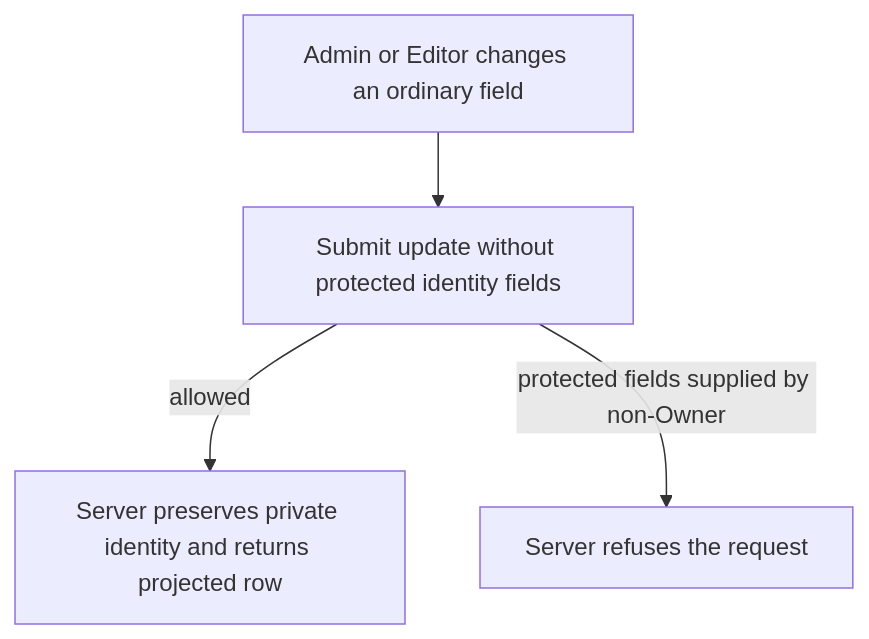
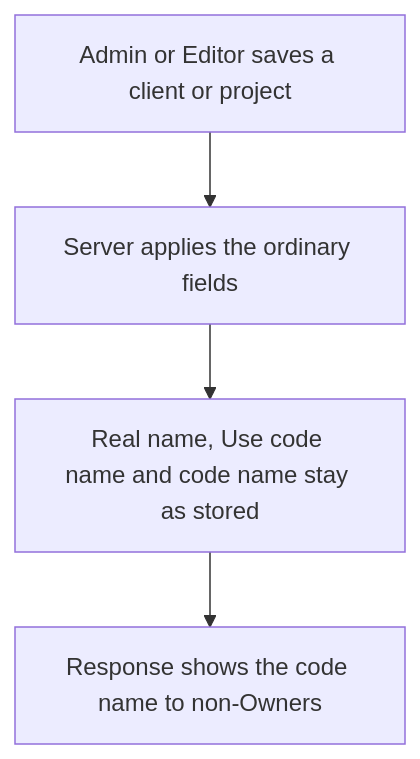
One commit to Kevinjohn/capacitylens changed the first of 2 diagrams in user-stories/privacy/US-PRI-02-preserve-private-identities-on-writes.md. Above: the diagram before and after it, drawn with Mermaid. The commit also changed other lines of this file and 119 other files, not shown here.

First line of the commit message:
docs: correct story text and flow diagrams against current source

````diff
--- a/user-stories/privacy/US-PRI-02-preserve-private-identities-on-writes.md
+++ b/user-stories/privacy/US-PRI-02-preserve-private-identities-on-writes.md
@@ -21,6 +22,6 @@
 ```mermaid
 flowchart TD
-  edit["Admin or Editor changes an ordinary field"] --> submit["Submit update without protected identity fields"]
-  submit -->|allowed| response["Server preserves private identity and returns projected row"]
-  submit -->|protected fields supplied by non-Owner| refused["Server refuses the request"]
+  edit["Admin or Editor saves a client or project"] --> submit["Server applies the ordinary fields"]
+  submit --> keep["Real name, Use code name and code name stay as stored"]
+  keep --> response["Response shows the code name to non-Owners"]
 ```
````
